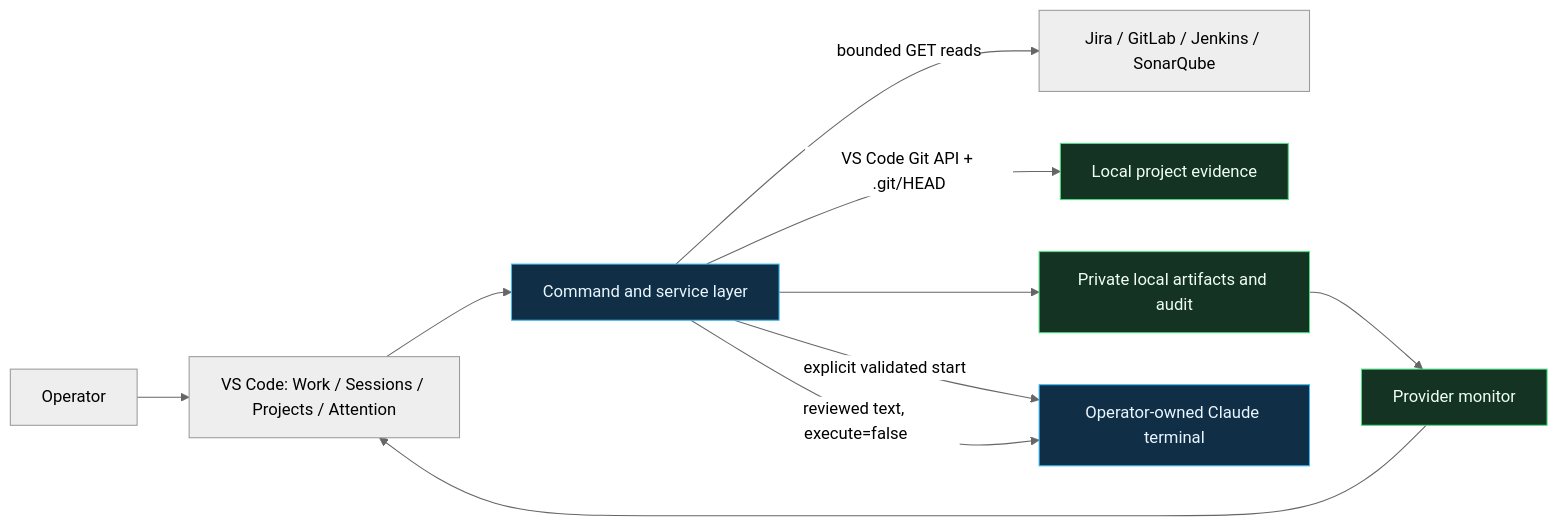
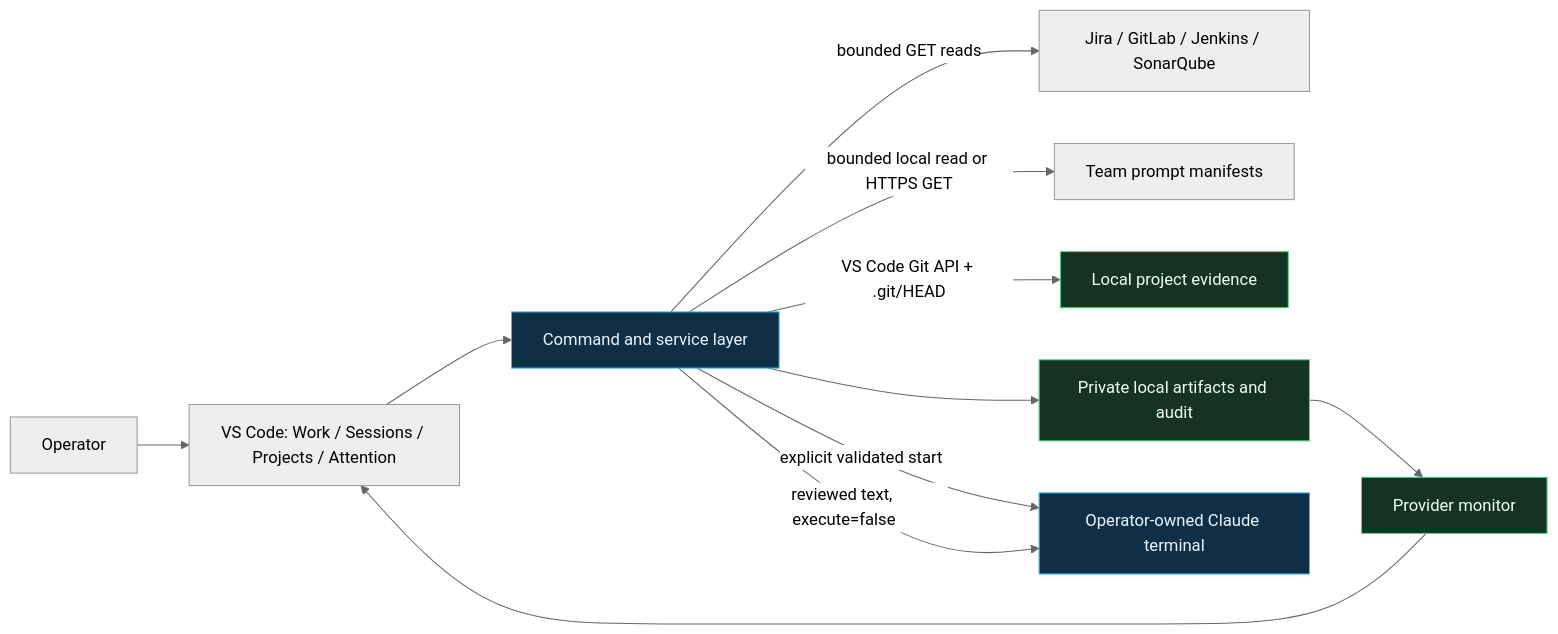
The diagram in README.md (jmac4909/kronos), drawn with Mermaid (neutral theme) before and after one commit. The commit also changed other lines of this file and 31 other files, not shown here.

Commit message:
feat: add shared team prompt library

````diff
--- a/README.md
+++ b/README.md
@@ -78,19 +80,20 @@
 ```mermaid
 flowchart LR
     O[Operator] --> UI[VS Code: Work / Sessions / Projects / Attention]
     UI --> C[Command and service layer]
 
     C -->|bounded GET reads| P[Jira / GitLab / Jenkins / SonarQube]
+    C -->|bounded local read or HTTPS GET| L[Team prompt manifests]
     C -->|VS Code Git API + .git/HEAD| G[Local project evidence]
     C --> S[Private local artifacts and audit]
     S --> M[Provider monitor]
     M --> UI
 
     C -->|explicit validated start| T[Operator-owned Claude terminal]
     C -->|reviewed text, execute=false| T
 
     classDef boundary fill:#102f46,stroke:#38bdf8,color:#eaf6ff;
     classDef local fill:#153322,stroke:#4ade80,color:#effff4;
     class C,T boundary;
     class G,S,M local;
 ```
````
